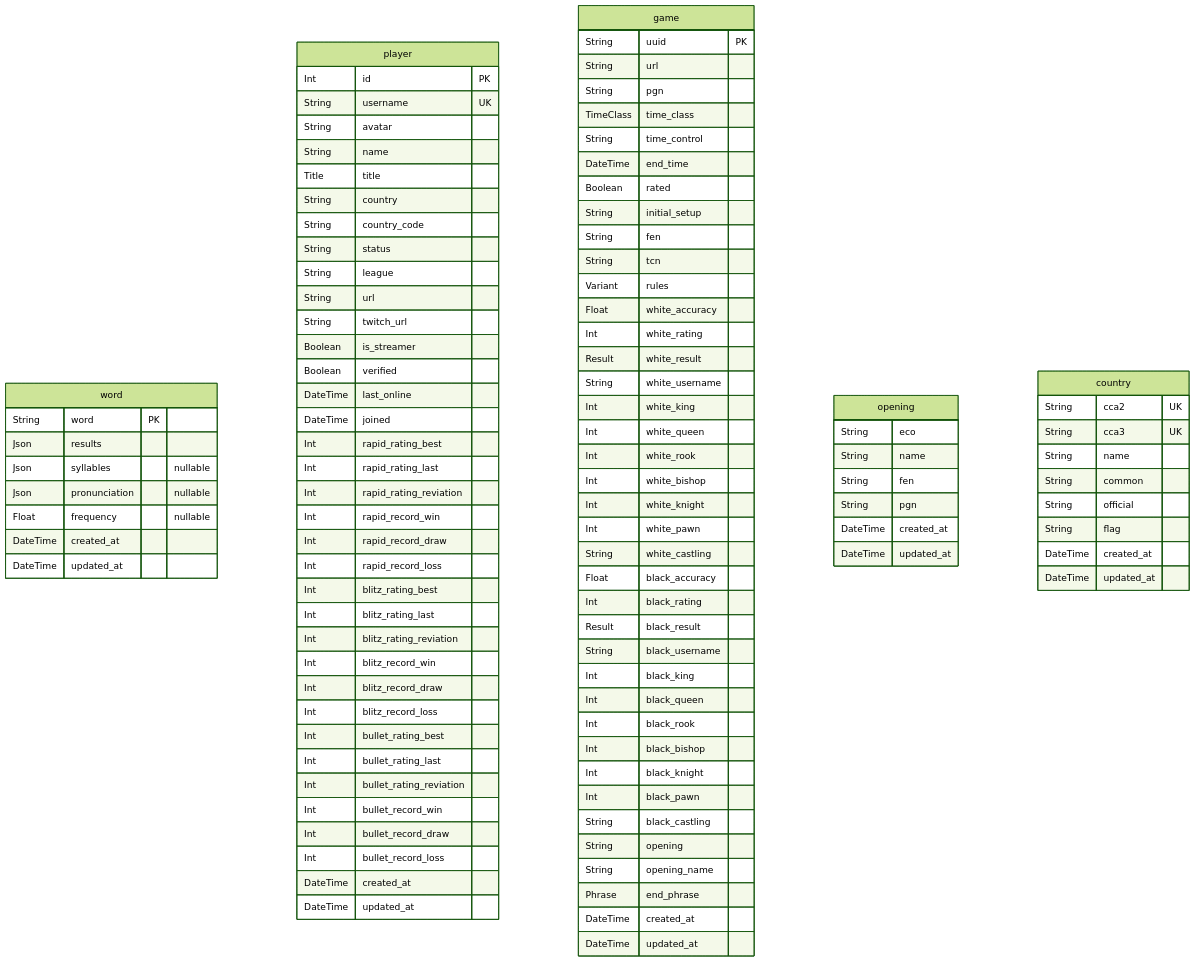
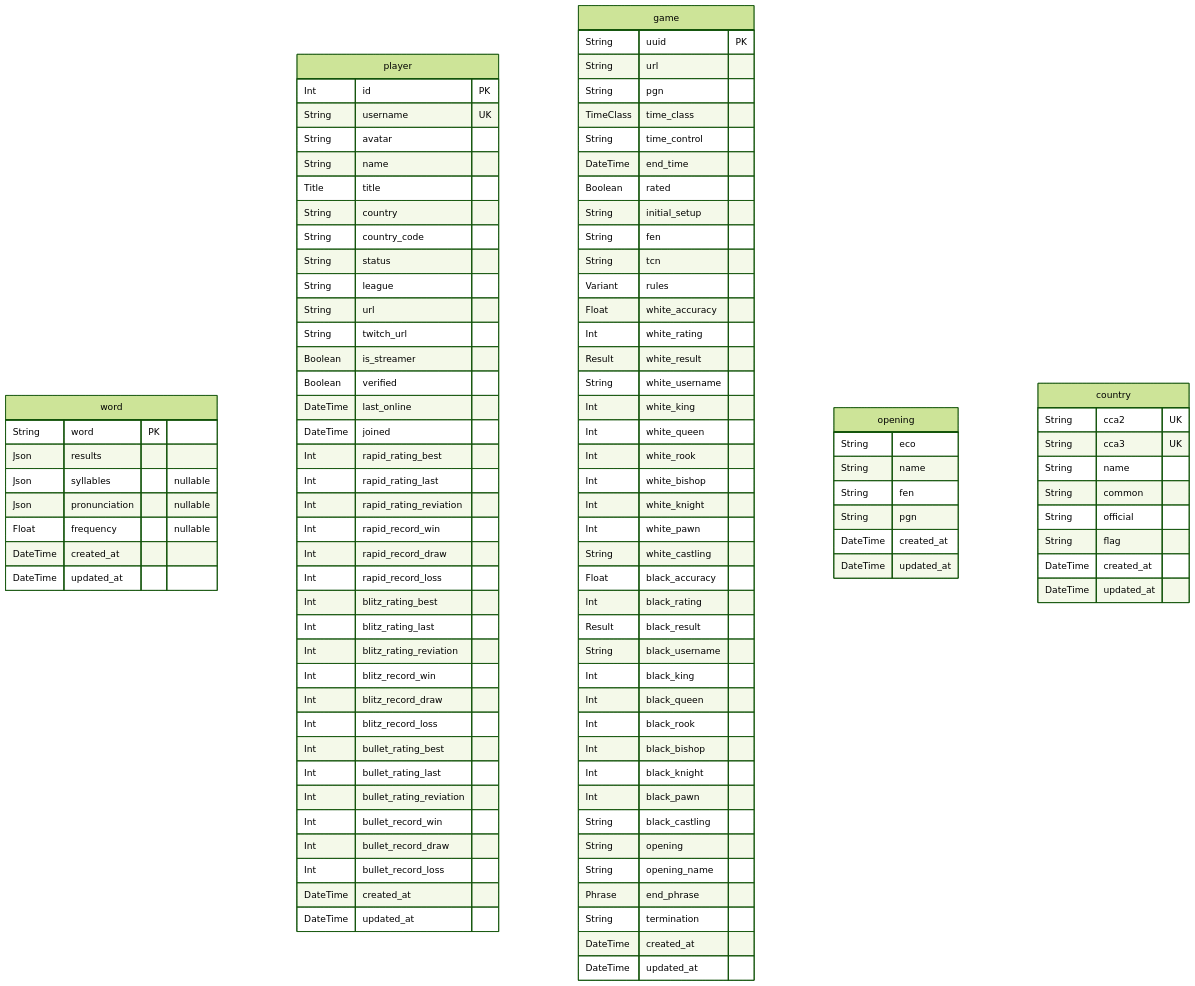
One commit to hieudoanm/hieudoanm.archived changed the diagram in languages/typescript/apps/web/prisma/README.md. Above: the diagram before and after it, drawn with Mermaid (forest theme). The commit also changed other lines of this file and 5 other files, not shown here.

```diff
--- a/languages/typescript/apps/web/prisma/README.md
+++ b/languages/typescript/apps/web/prisma/README.md
@@ -91,6 +91,7 @@
   String opening
   String opening_name
   Phrase end_phrase
+  String termination
   DateTime created_at
   DateTime updated_at
 }
```
